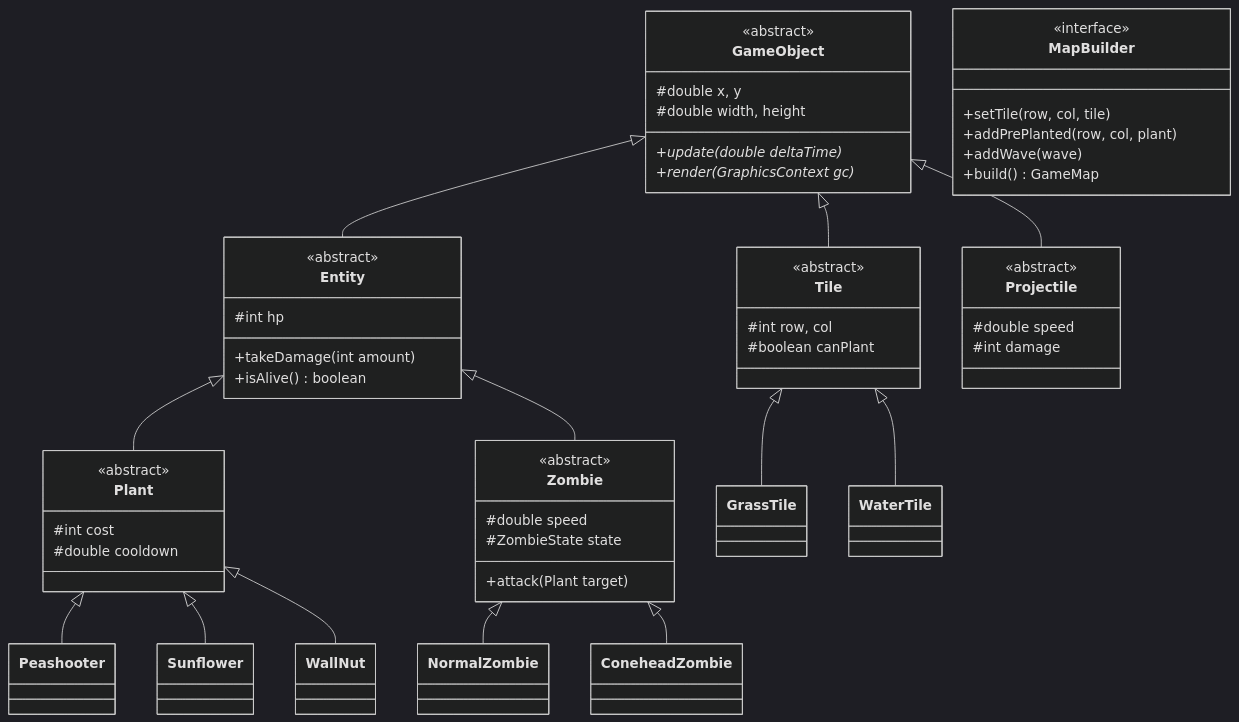
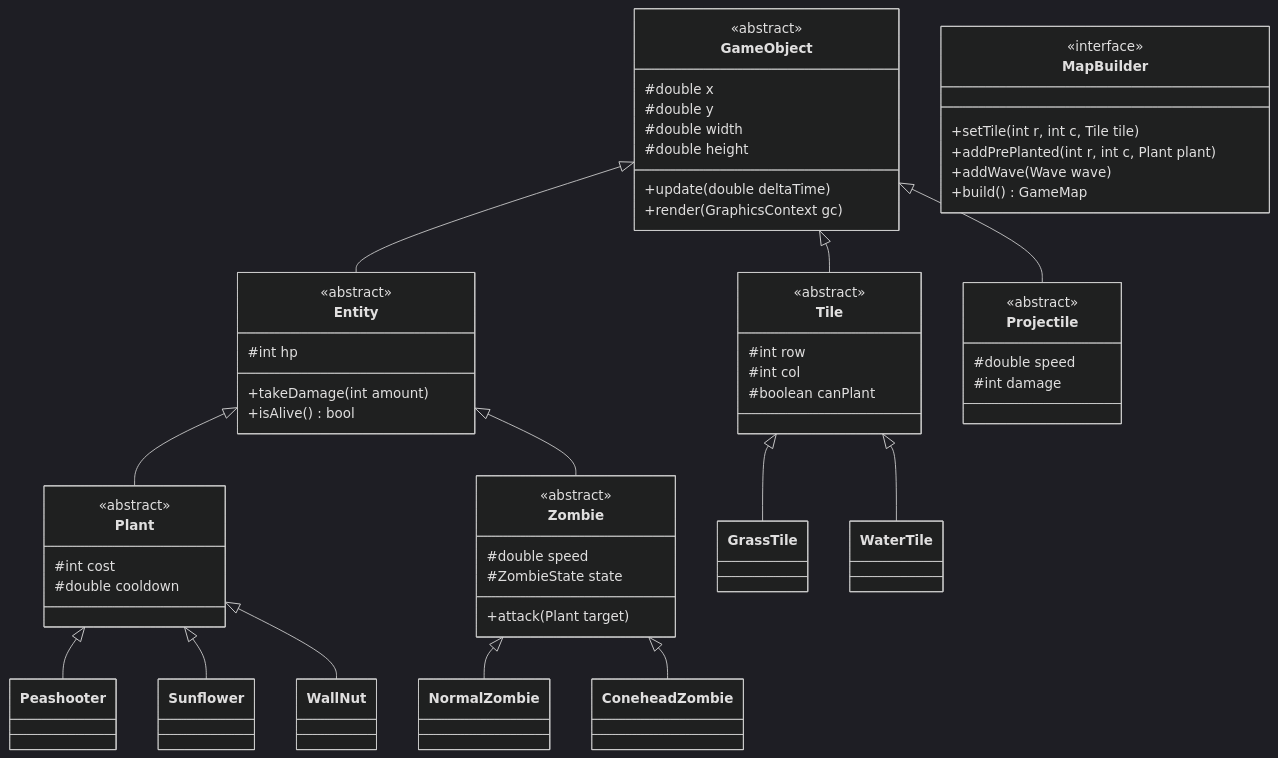
The diagram in README.md (ngqtrung2217/PvZ-OOP-project), drawn with Mermaid (dark theme) before and after one commit.

Commit message:
fix(docs): resolve Mermaid syntax error for GitHub renderer

````diff
--- a/README.md
+++ b/README.md
@@ -61,61 +61,63 @@
 ```mermaid
 classDiagram
-    direction TB
     class GameObject {
         <<abstract>>
-        #double x, y
-        #double width, height
-        +update(double deltaTime)*
-        +render(GraphicsContext gc)*
+        #double x
+        #double y
+        #double width
+        #double height
+        +update(double deltaTime)
+        +render(GraphicsContext gc)
     }
     class Entity {
         <<abstract>>
         #int hp
         +takeDamage(int amount)
-        +isAlive() boolean
+        +isAlive() bool
     }
     class Plant {
         <<abstract>>
         #int cost
         #double cooldown
     }
     class Zombie {
         <<abstract>>
         #double speed
         #ZombieState state
         +attack(Plant target)
     }
     class Tile {
         <<abstract>>
-        #int row, col
+        #int row
+        #int col
         #boolean canPlant
     }
     class Projectile {
         <<abstract>>
         #double speed
         #int damage
     }
     class MapBuilder {
         <<interface>>
-        +setTile(row, col, tile)
-        +addPrePlanted(row, col, plant)
-        +addWave(wave)
+        +setTile(int r, int c, Tile tile)
+        +addPrePlanted(int r, int c, Plant plant)
+        +addWave(Wave wave)
         +build() GameMap
     }
 
     GameObject <|-- Entity
     GameObject <|-- Tile
     GameObject <|-- Projectile
     Entity <|-- Plant
     Entity <|-- Zombie
 
     Plant <|-- Peashooter
     Plant <|-- Sunflower
     Plant <|-- WallNut
 
     Zombie <|-- NormalZombie
     Zombie <|-- ConeheadZombie
 
     Tile <|-- GrassTile
     Tile <|-- WaterTile
 ```
````
